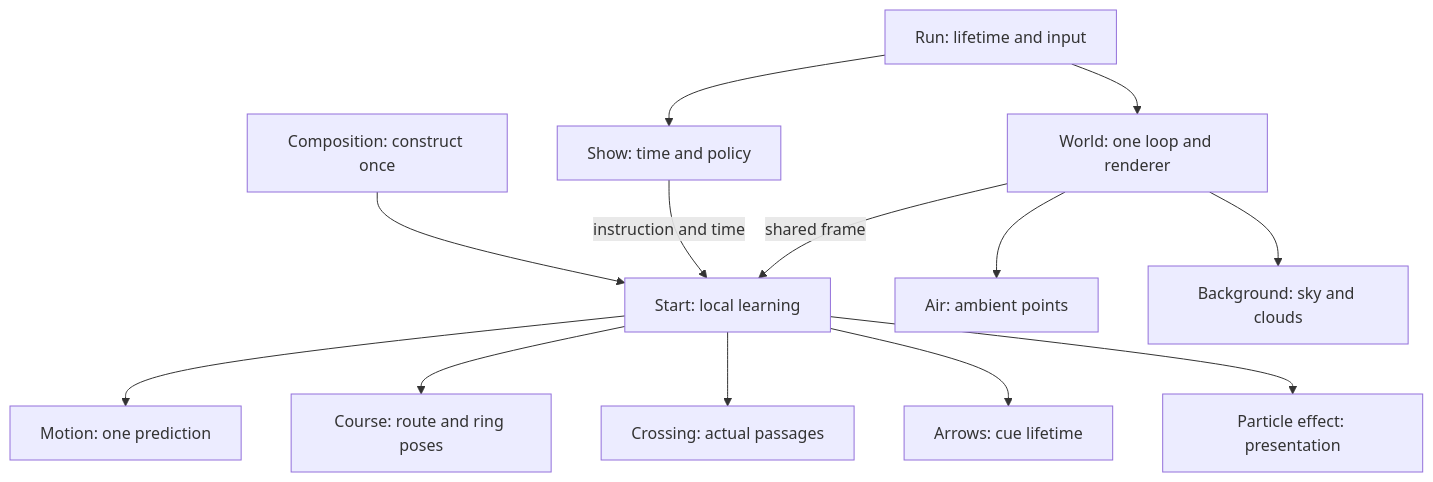
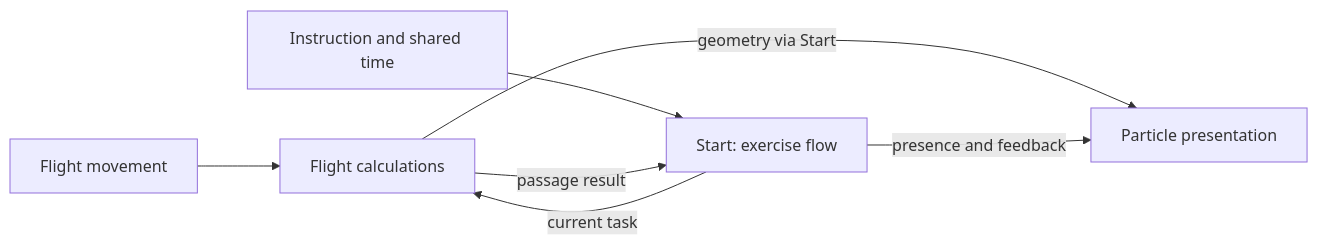
One commit to Strehk/becoming-many changed the diagram in docs/direction/start-level-concept.md. Above: the diagram before and after it, drawn with Mermaid. The commit also changed other lines of this file, not shown here.

Commit message:
docs: 📝 Simplify Start state and presentation ownership

````diff
--- a/docs/direction/start-level-concept.md
+++ b/docs/direction/start-level-concept.md
@@ -228,15 +235,9 @@
 ```mermaid
-flowchart TD
-  Composition[Composition: construct once] --> Start[Start: local learning]
-  Run[Run: lifetime and input] --> Show[Show: time and policy]
-  Run --> World[World: one loop and renderer]
-  Show -->|instruction and time| Start
-  World -->|shared frame| Start
-  Start --> Motion[Motion: one prediction]
-  Start --> Course[Course: route and ring poses]
-  Start --> Crossing[Crossing: actual passages]
-  Start --> Arrows[Arrows: cue lifetime]
-  Start --> Effect[Particle effect: presentation]
-  World --> Air[Air: ambient points]
-  World --> Background[Background: sky and clouds]
+flowchart LR
+  Motion[Flight movement] --> Guidance[Flight calculations]
+  Speech[Instruction and shared time] --> Start[Start: exercise flow]
+  Start -->|current task| Guidance
+  Guidance -->|passage result| Start
+  Guidance -->|geometry via Start| Presentation[Particle presentation]
+  Start -->|presence and feedback| Presentation
 ```
````
